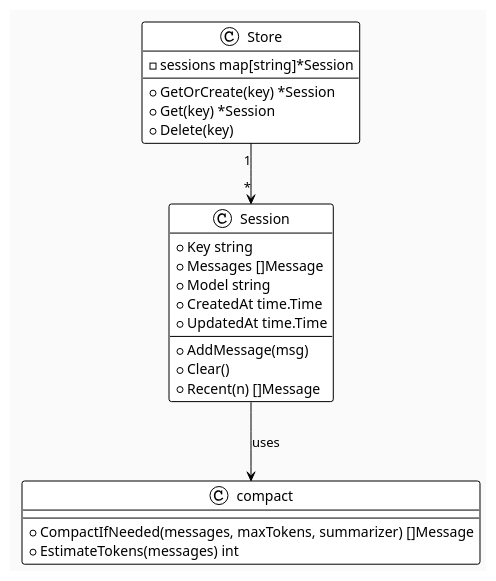
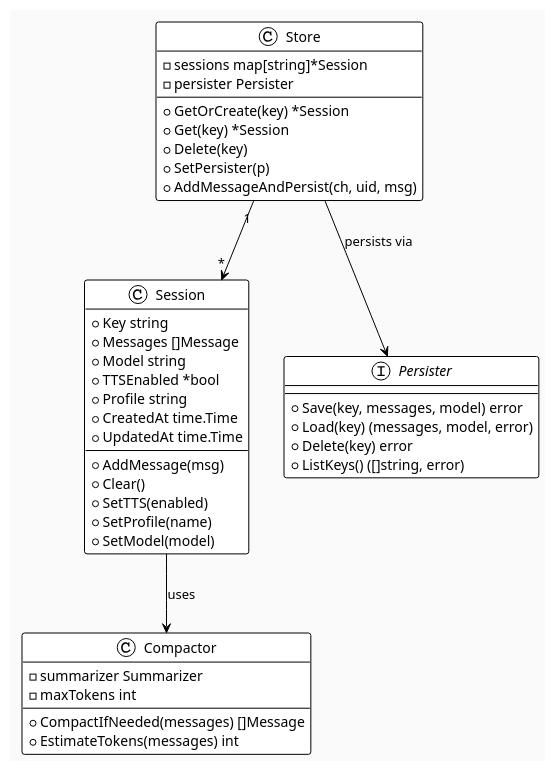
Before and after one commit to FeelPulse/feelpulse: the fourth of 13 diagrams in docs/architecture.md, drawn with PlantUML. The commit also changed other lines of this file and 3 other files, not shown here.

First line of the commit message:
docs: comprehensive README, TODO, and architecture updates

````diff
--- a/docs/architecture.md
+++ b/docs/architecture.md
@@ -172,32 +211,49 @@
 ```plantuml
 @startuml session
 !theme plain
 skinparam backgroundColor #FAFAFA
 
 class Store {
   -sessions map[string]*Session
+  -persister Persister
   +GetOrCreate(key) *Session
   +Get(key) *Session
   +Delete(key)
+  +SetPersister(p)
+  +AddMessageAndPersist(ch, uid, msg)
 }
 
 class Session {
   +Key string
   +Messages []Message
   +Model string
+  +TTSEnabled *bool
+  +Profile string
   +CreatedAt time.Time
   +UpdatedAt time.Time
   +AddMessage(msg)
   +Clear()
-  +Recent(n) []Message
+  +SetTTS(enabled)
+  +SetProfile(name)
+  +SetModel(model)
 }
 
-class compact {
-  +CompactIfNeeded(messages, maxTokens, summarizer) []Message
+class Compactor {
+  -summarizer Summarizer
+  -maxTokens int
+  +CompactIfNeeded(messages) []Message
   +EstimateTokens(messages) int
 }
 
+interface Persister {
+  +Save(key, messages, model) error
+  +Load(key) (messages, model, error)
+  +Delete(key) error
+  +ListKeys() ([]string, error)
+}
+
 Store "1" --> "*" Session
-Session --> compact : uses
+Store --> Persister : persists via
+Session --> Compactor : uses
 @enduml
 ```
````
